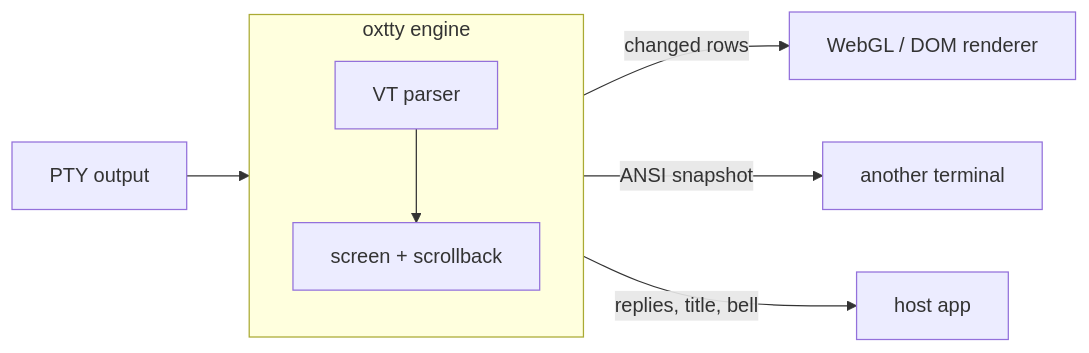
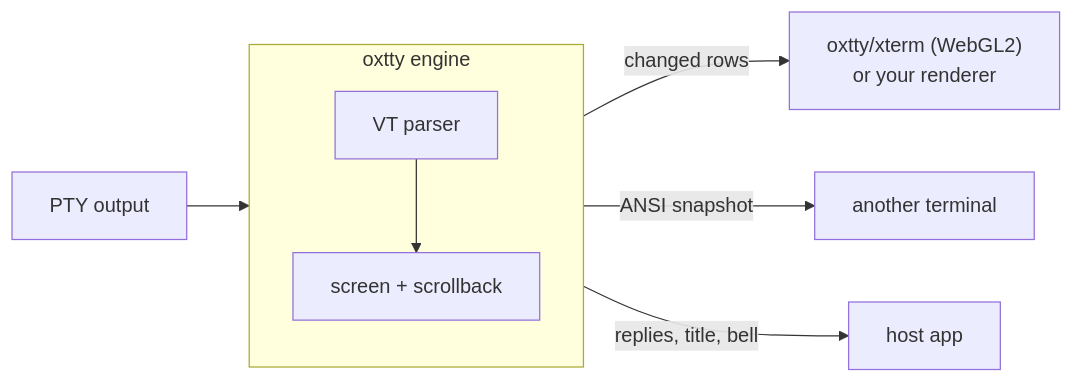
The diagram in README.md (openwong2kim/oxty), drawn with Mermaid before and after one commit. The commit also changed other lines of this file and 6 other files, not shown here.

````diff
--- a/README.md
+++ b/README.md
@@ -31,11 +40,11 @@
 ```mermaid
 flowchart LR
   pty["PTY output"] --> engine
   subgraph engine["oxtty engine"]
     direction TB
     parser["VT parser"] --> screen["screen + scrollback"]
   end
-  engine -- "changed rows" --> r1["WebGL / DOM renderer"]
+  engine -- "changed rows" --> r1["oxtty/xterm (WebGL2)<br>or your renderer"]
   engine -- "ANSI snapshot" --> r2["another terminal"]
   engine -- "replies, title, bell" --> host["host app"]
 ```
````
